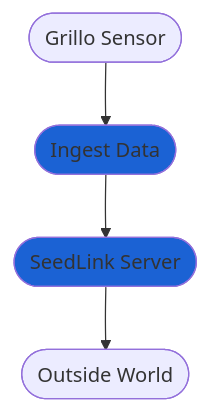
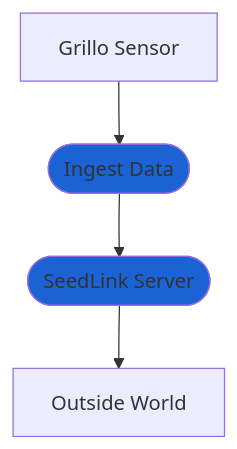
Before and after one commit to grillo/grillo-docs: the diagram in docs/how-to/redirect_data.md, drawn with Mermaid. The commit also changed 57 other files, not shown here.

````diff
--- a/docs/how-to/redirect_data.md
+++ b/docs/how-to/redirect_data.md
@@ -9,6 +9,6 @@
 ```mermaid
 flowchart TB
-   A([Grillo Sensor]) --> C([Ingest Data]) --> D([SeedLink Server]) --> E([Outside World])
+   A[Grillo Sensor] --> C([Ingest Data]) --> D([SeedLink Server]) --> E[Outside World]
    style C fill:#1b62d4
    style D fill:#1b62d4
 ```
````
